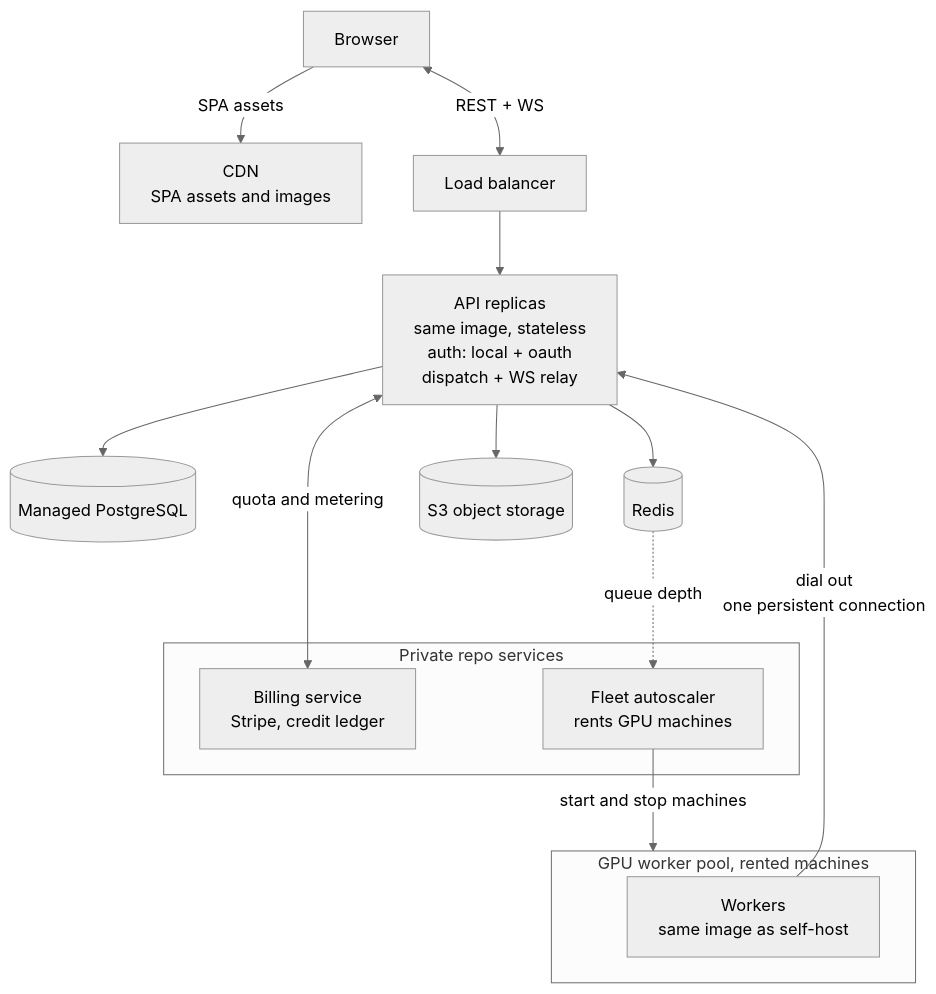
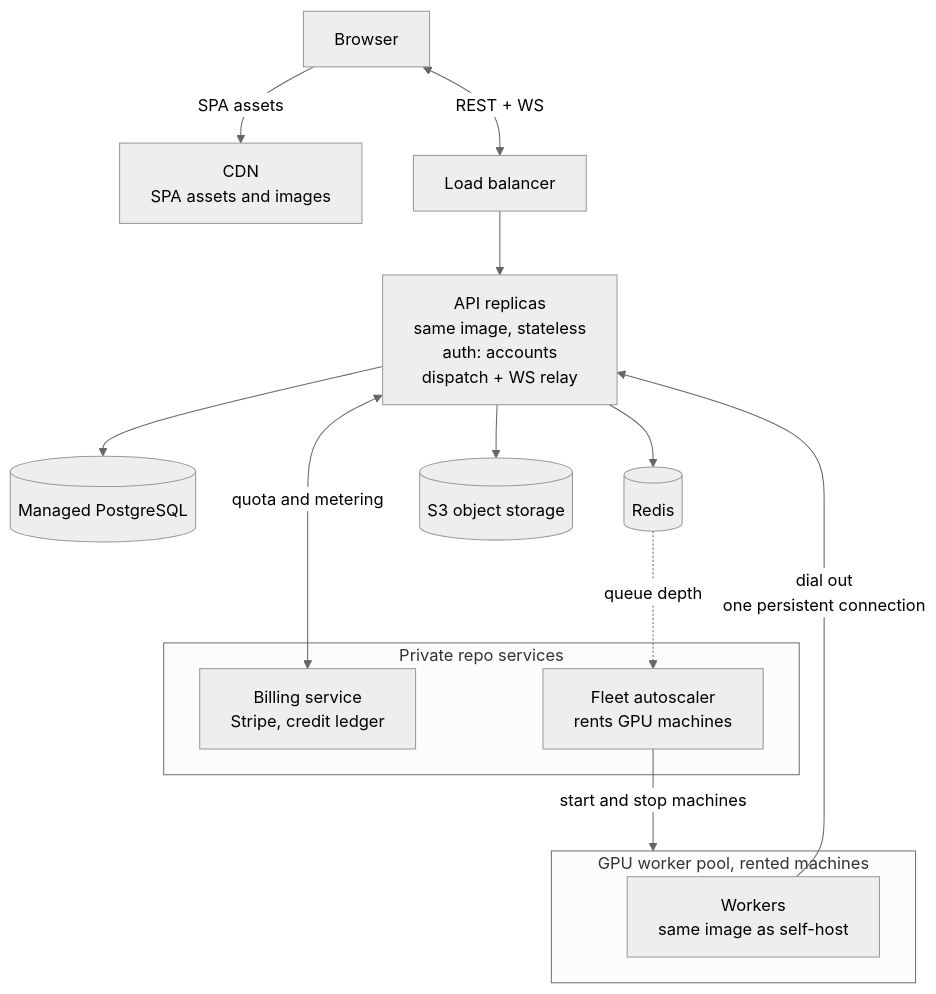
Before and after one commit to Portocolom-Studio/potocolom: the second of 16 diagrams in docs/architecture.md, drawn with Mermaid (neutral theme). The commit also changed other lines of this file and 5 other files, not shown here.

````diff
--- a/docs/architecture.md
+++ b/docs/architecture.md
@@ -74,27 +74,27 @@
 ```mermaid
 flowchart TB
     B["Browser"]
     CDN["CDN<br>SPA assets and images"]
     LB["Load balancer"]
-    A["API replicas<br>same image, stateless<br>auth: local + oauth<br>dispatch + WS relay"]
+    A["API replicas<br>same image, stateless<br>auth: accounts<br>dispatch + WS relay"]
     P[("Managed PostgreSQL")]
     R[("Redis")]
     S[("S3 object storage")]
     subgraph POOL["GPU worker pool, rented machines"]
         W["Workers<br>same image as self-host"]
     end
     subgraph PRIV["Private repo services"]
         BILL["Billing service<br>Stripe, credit ledger"]
         FLEET["Fleet autoscaler<br>rents GPU machines"]
     end
     B -->|"SPA assets"| CDN
     B <-->|"REST + WS"| LB
     LB --> A
     A --> P
     A --> R
     A --> S
     W -->|"dial out<br>one persistent connection"| A
     A <-->|"quota and metering"| BILL
     R -.->|"queue depth"| FLEET
     FLEET -->|"start and stop machines"| POOL
 ```
````
